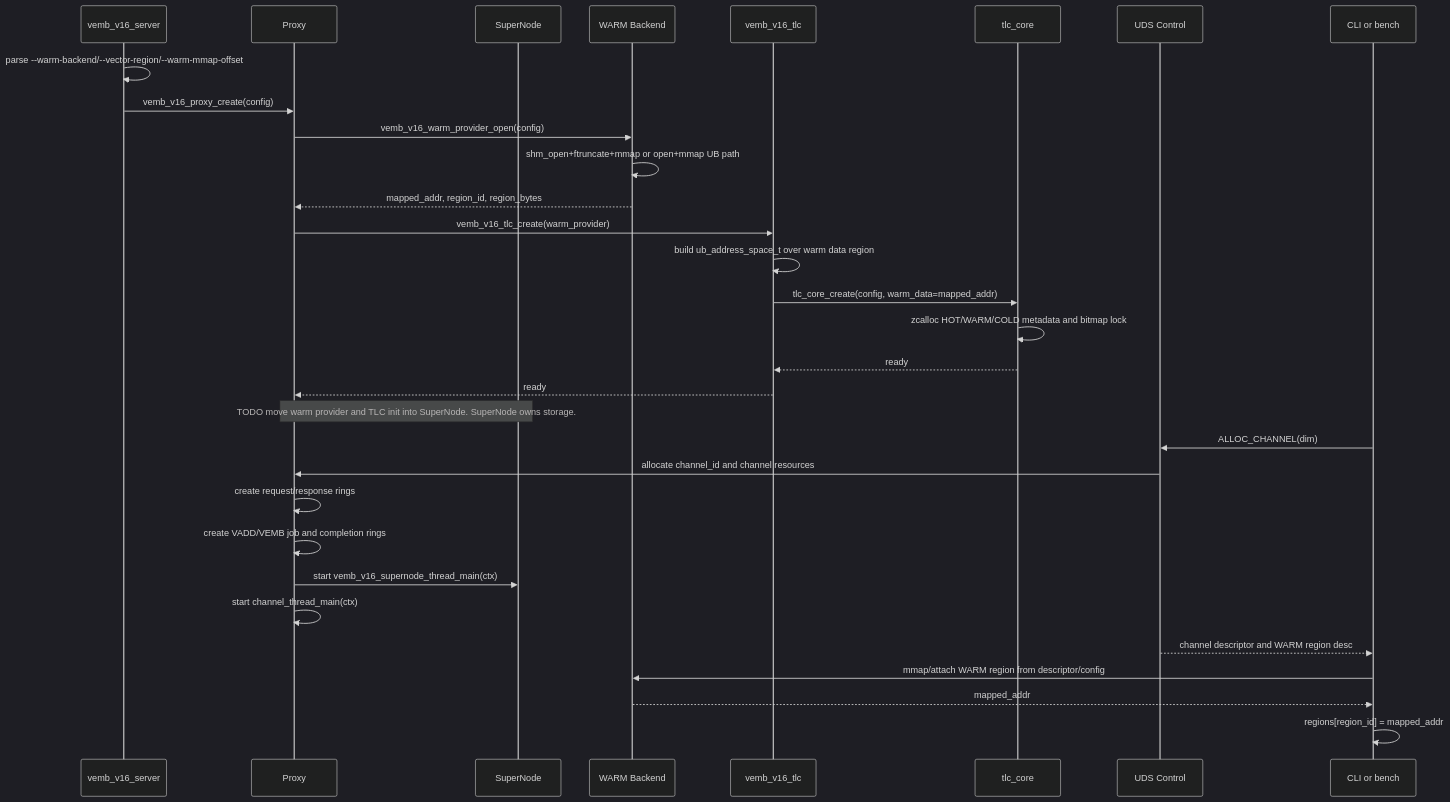
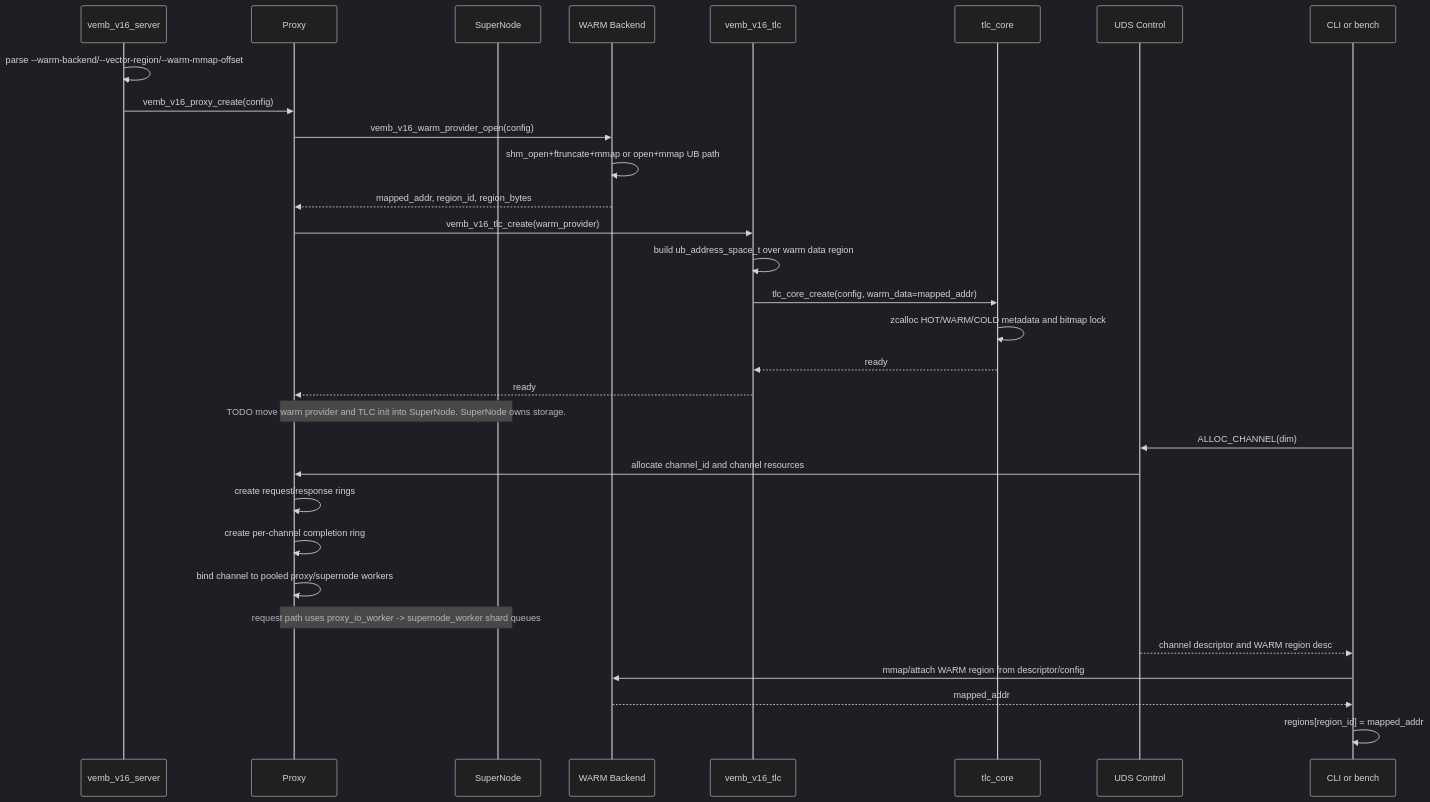
One commit to jialiuyu/redis changed the second of 6 diagrams in docs/VEMB_V16_TLC_UB_SHARED_DATA_MODEL.md. Above: the diagram before and after it, drawn with Mermaid (dark theme). The commit also changed other lines of this file and 14 other files, not shown here.

Commit message:
vemb_v16: converge runtime to pooled-only workers

````diff
--- a/docs/VEMB_V16_TLC_UB_SHARED_DATA_MODEL.md
+++ b/docs/VEMB_V16_TLC_UB_SHARED_DATA_MODEL.md
@@ -302,35 +302,35 @@
 ```mermaid
 sequenceDiagram
     participant S as vemb_v16_server
     participant P as Proxy
     participant SN as SuperNode
     participant W as WARM Backend
     participant TLC as vemb_v16_tlc
     participant CORE as tlc_core
     participant CTRL as UDS Control
     participant CLI as CLI or bench
 
     S->>S: parse --warm-backend/--vector-region/--warm-mmap-offset
     S->>P: vemb_v16_proxy_create(config)
     P->>W: vemb_v16_warm_provider_open(config)
     W->>W: shm_open+ftruncate+mmap or open+mmap UB path
     W-->>P: mapped_addr, region_id, region_bytes
     P->>TLC: vemb_v16_tlc_create(warm_provider)
     TLC->>TLC: build ub_address_space_t over warm data region
     TLC->>CORE: tlc_core_create(config, warm_data=mapped_addr)
     CORE->>CORE: zcalloc HOT/WARM/COLD metadata and bitmap lock
     CORE-->>TLC: ready
     TLC-->>P: ready
     Note over P,SN: TODO move warm provider and TLC init into SuperNode. SuperNode owns storage.
 
     CLI->>CTRL: ALLOC_CHANNEL(dim)
     CTRL->>P: allocate channel_id and channel resources
     P->>P: create request/response rings
-    P->>P: create VADD/VEMB job and completion rings
-    P->>SN: start vemb_v16_supernode_thread_main(ctx)
-    P->>P: start channel_thread_main(ctx)
+    P->>P: create per-channel completion ring
+    P->>P: bind channel to pooled proxy/supernode workers
+    Note over P,SN: request path uses proxy_io_worker -> supernode_worker shard queues
     CTRL-->>CLI: channel descriptor and WARM region desc
     CLI->>W: mmap/attach WARM region from descriptor/config
     W-->>CLI: mapped_addr
     CLI->>CLI: regions[region_id] = mapped_addr
 ```
````
